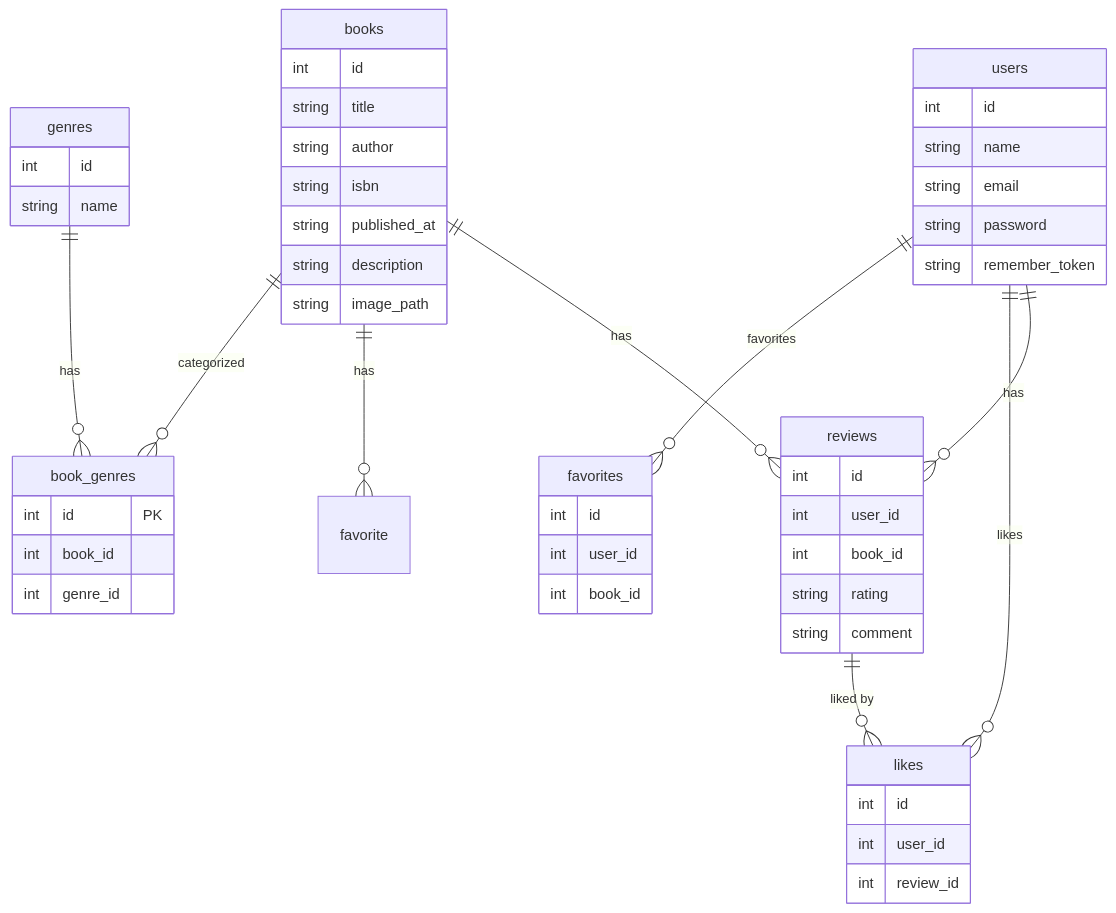
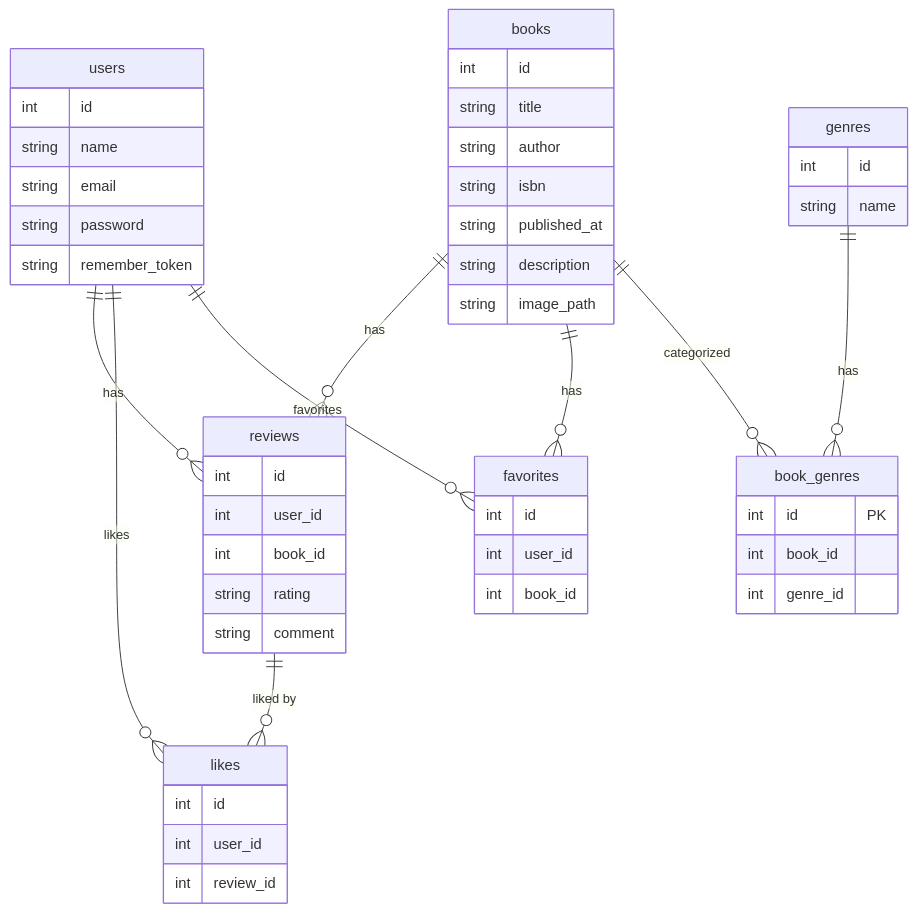
Before and after one commit to Denchan55/Bookshelf-v2: the diagram in README.md, drawn with Mermaid. The commit also changed 3 other files, not shown here.

````diff
--- a/README.md
+++ b/README.md
@@ -1,63 +1,63 @@
 ```mermaid
 erDiagram
   users {
     int id
     string name
     string email
     string password
     string remember_token
   }
 
   books {
     int id
     string title
     string author
     string isbn
     string published_at
     string description
     string image_path
   }
 
   reviews {
     int id
     int user_id
     int book_id
     string rating
     string comment
   }
 
   likes {
     int id
     int user_id
     int review_id
   }
 
   favorites{
     int id
     int user_id
     int book_id
   }
 
   genres{
     int id
     string name
   }
 
   book_genres {
     int id PK
     int book_id
     int genre_id
   }
 
     users ||--o{ reviews : "has"
     users ||--o{ likes : "likes"
     users ||--o{ favorites : "favorites"
 
     books ||--o{ reviews : "has"
-    books ||--o{ favorite : "has"
+    books ||--o{ favorites : "has"
     books ||--o{ book_genres : "categorized"
 
     reviews ||--o{ likes : "liked by"
 
     genres ||--o{ book_genres : "has"
 ```
````
